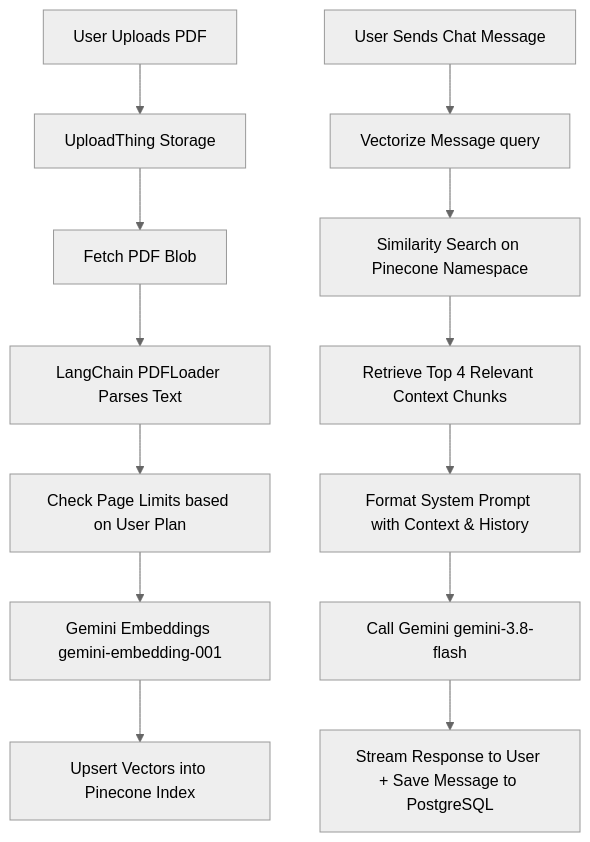
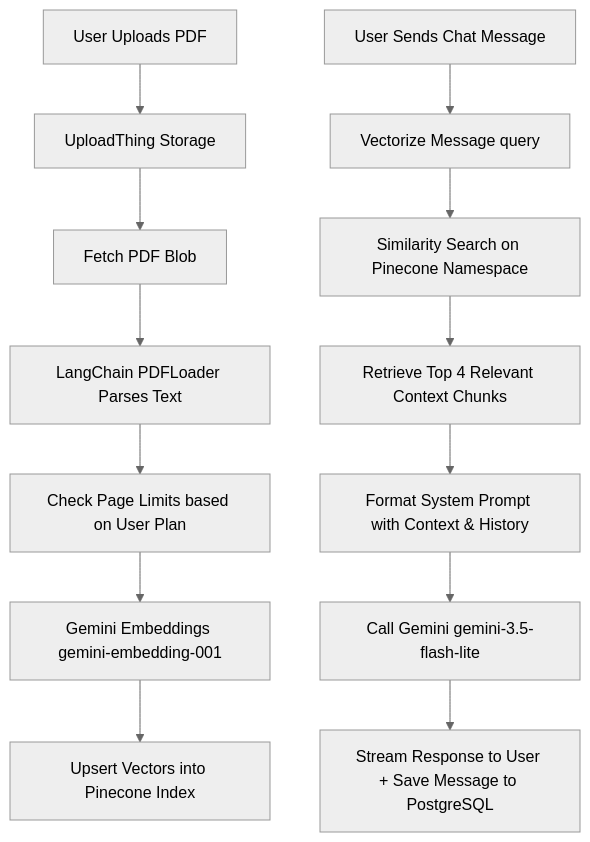
One commit to sarthakmehtaiit/papermindai changed the diagram in README.md. Above: the diagram before and after it, drawn with Mermaid (neutral theme). The commit also changed other lines of this file and 1 other file, not shown here.

First line of the commit message:
Use gemini-3.5-flash-lite for chat replies

````diff
--- a/README.md
+++ b/README.md
@@ -41,15 +41,15 @@
 ```mermaid
 graph TD
     A[User Uploads PDF] --> B[UploadThing Storage]
     B --> C[Fetch PDF Blob]
     C --> D[LangChain PDFLoader Parses Text]
     D --> E[Check Page Limits based on User Plan]
     E --> F[Gemini Embeddings gemini-embedding-001]
     F --> G[Upsert Vectors into Pinecone Index]
     H[User Sends Chat Message] --> I[Vectorize Message query]
     I --> J[Similarity Search on Pinecone Namespace]
     J --> K[Retrieve Top 4 Relevant Context Chunks]
     K --> L[Format System Prompt with Context & History]
-    L --> M[Call Gemini gemini-3.8-flash]
+    L --> M[Call Gemini gemini-3.5-flash-lite]
     M --> N[Stream Response to User + Save Message to PostgreSQL]
 ```
````
